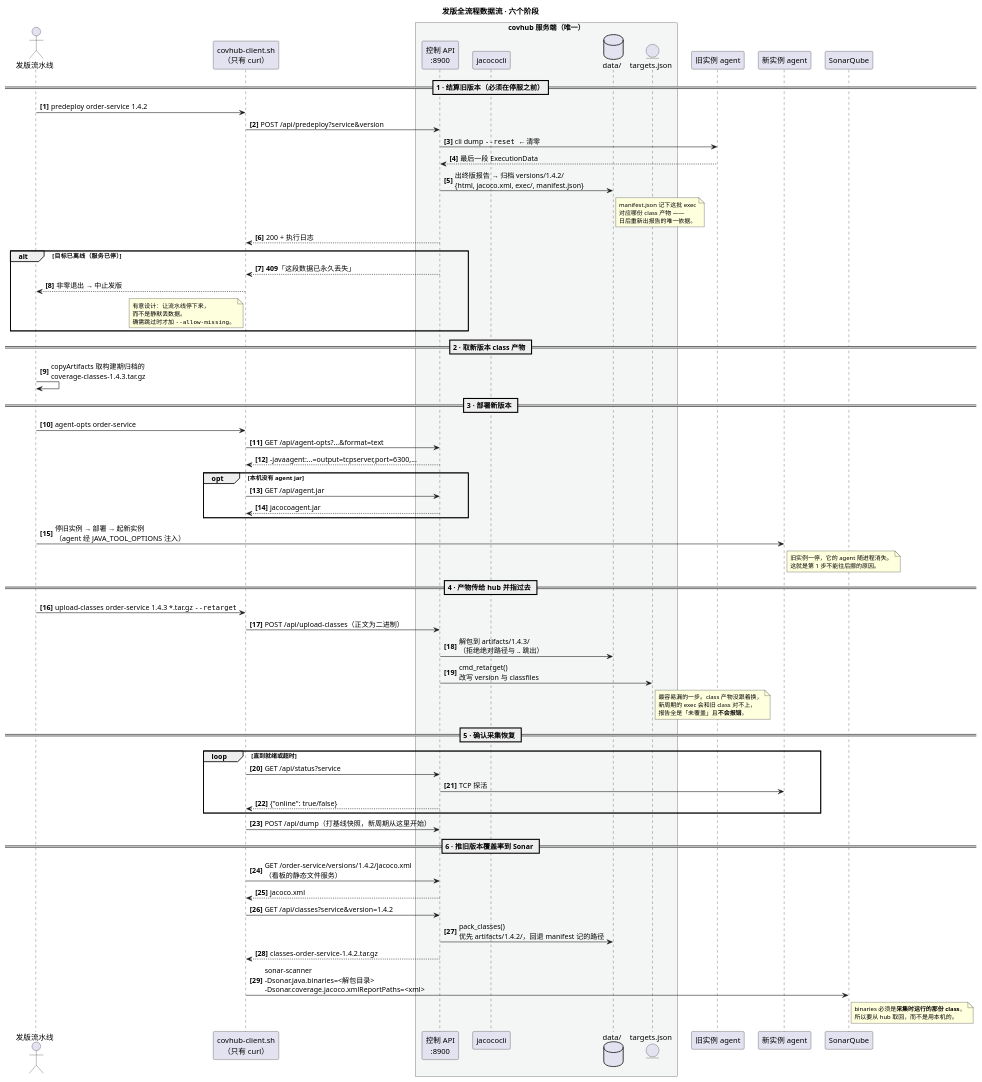
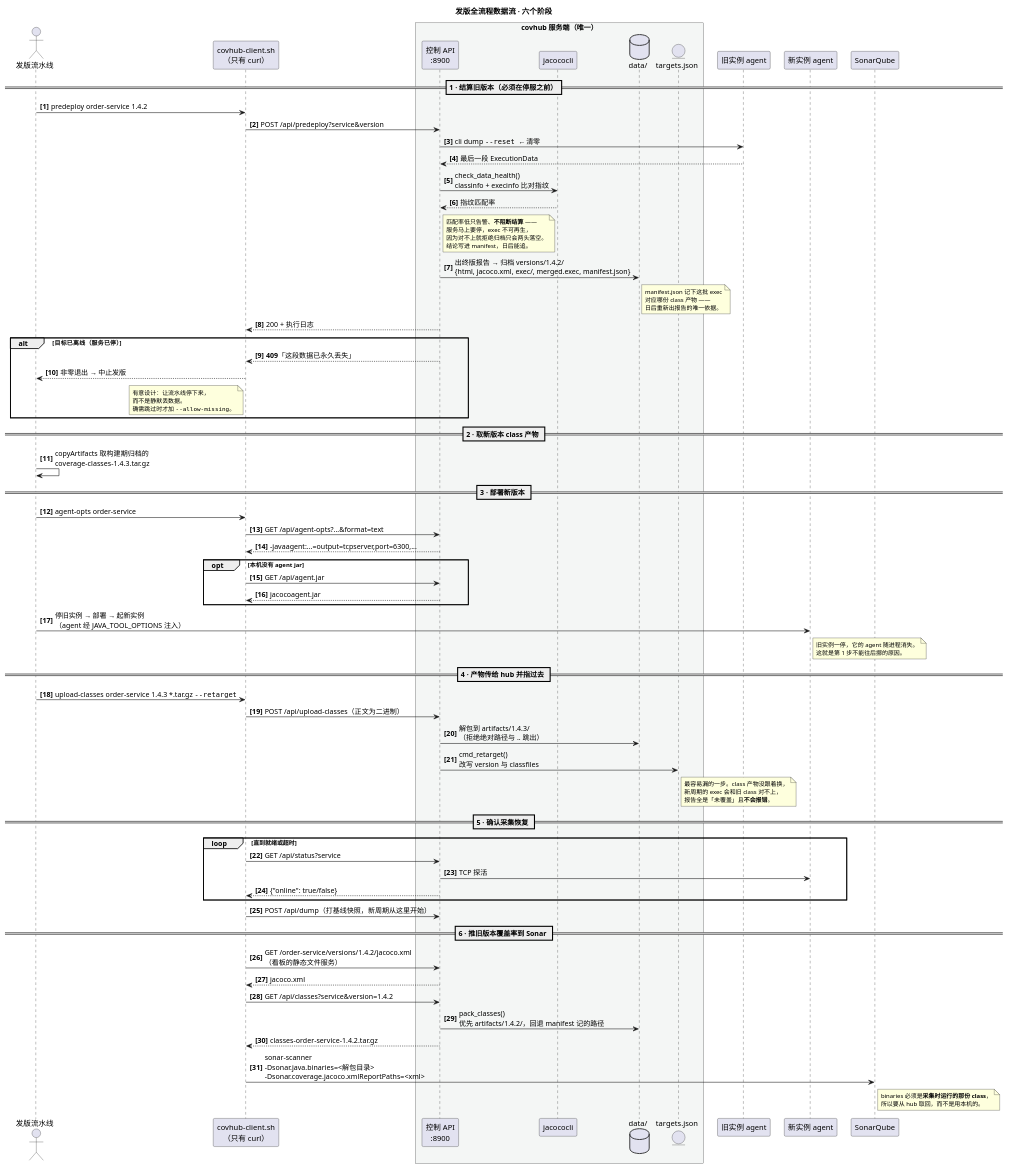
The diagram in docs/diagrams/03-release.puml (SoperRookie/coverage-hub), drawn with PlantUML before and after one commit. The commit also changed 6 other files, not shown here.

First line of the commit message:
v1.2.2：结算前做数据体检，补 push 的接入文档与时序图

```diff
--- a/docs/diagrams/03-release.puml
+++ b/docs/diagrams/03-release.puml
@@ -1,99 +1,107 @@
 @startuml 03-release
 ' coverage-hub v1.0.0 —— 发版全流程数据流
 ' 对应 integration/covhub-client.sh 与 integration/jenkins/Jenkinsfile.deploy 的六个阶段。
 ' 顺序是这套方案的核心，不能调整：第 1 步必须在停服之前。
 
 title 发版全流程数据流 · 六个阶段
 
 skinparam shadowing false
 skinparam ParticipantPadding 8
 skinparam BoxPadding 12
 skinparam NoteFontSize 11
 skinparam SequenceGroupBodyBackgroundColor transparent
 autonumber "<b>[0]"
 
 actor "发版流水线" as J
 participant "covhub-client.sh\n（只有 curl）" as C
 
 box "covhub 服务端（唯一）" #F4F6F5
   participant "控制 API\n:8900" as API
   participant "jacococli" as CLI
   database "data/" as D
   entity "targets.json" as CFG
 end box
 
 participant "旧实例 agent" as OLD
 participant "新实例 agent" as NEW
 participant "SonarQube" as SONAR
 
 == 1 · 结算旧版本（必须在停服之前）==
 J -> C : predeploy order-service 1.4.2
 C -> API : POST /api/predeploy?service&version
 API -> OLD : cli dump ""--reset""  ← 清零
 OLD --> API : 最后一段 ExecutionData
-API -> D : 出终版报告 → 归档 versions/1.4.2/\n{html, jacoco.xml, exec/, manifest.json}
+API -> CLI : check_data_health()\nclassinfo + execinfo 比对指纹
+CLI --> API : 指纹匹配率
+note right of API
+  匹配率低只告警、**不阻断结算** ——
+  服务马上要停，exec 不可再生，
+  因为对不上就拒绝归档只会两头落空。
+  结论写进 manifest，日后能追。
+end note
+API -> D : 出终版报告 → 归档 versions/1.4.2/\n{html, jacoco.xml, exec/, merged.exec, manifest.json}
 note right of D
   manifest.json 记下这批 exec
   对应哪份 class 产物 ——
   日后重新出报告的唯一依据。
 end note
 API --> C : 200 + 执行日志
 alt 目标已离线（服务已停）
   API --> C : **409**「这段数据已永久丢失」
   C --> J : 非零退出 → 中止发版
   note left of C
     有意设计：让流水线停下来，
     而不是静默丢数据。
     确需跳过时才加 ""--allow-missing""。
   end note
 end
 
 == 2 · 取新版本 class 产物 ==
 J -> J : copyArtifacts 取构建期归档的\ncoverage-classes-1.4.3.tar.gz
 
 == 3 · 部署新版本 ==
 J -> C : agent-opts order-service
 C -> API : GET /api/agent-opts?...&format=text
 API --> C : -javaagent:...=output=tcpserver,port=6300,...
 opt 本机没有 agent jar
   C -> API : GET /api/agent.jar
   API --> C : jacocoagent.jar
 end
 J -> NEW : 停旧实例 → 部署 → 起新实例\n（agent 经 JAVA_TOOL_OPTIONS 注入）
 note right of NEW
   旧实例一停，它的 agent 随进程消失。
   这就是第 1 步不能往后挪的原因。
 end note
 
 == 4 · 产物传给 hub 并指过去 ==
 J -> C : upload-classes order-service 1.4.3 *.tar.gz ""--retarget""
 C -> API : POST /api/upload-classes（正文为二进制）
 API -> D : 解包到 artifacts/1.4.3/\n（拒绝绝对路径与 .. 跳出）
 API -> CFG : cmd_retarget()\n改写 version 与 classfiles
 note right of CFG
   最容易漏的一步。class 产物没跟着换，
   新周期的 exec 会和旧 class 对不上，
   报告全是「未覆盖」且**不会报错**。
 end note
 
 == 5 · 确认采集恢复 ==
 loop 直到就绪或超时
   C -> API : GET /api/status?service
   API -> NEW : TCP 探活
   API --> C : {"online": true/false}
 end
 C -> API : POST /api/dump（打基线快照，新周期从这里开始）
 
 == 6 · 推旧版本覆盖率到 Sonar ==
 C -> API : GET /order-service/versions/1.4.2/jacoco.xml\n（看板的静态文件服务）
 API --> C : jacoco.xml
 C -> API : GET /api/classes?service&version=1.4.2
 API -> D : pack_classes()\n优先 artifacts/1.4.2/，回退 manifest 记的路径
 API --> C : classes-order-service-1.4.2.tar.gz
 C -> SONAR : sonar-scanner\n-Dsonar.java.binaries=<解包目录>\n-Dsonar.coverage.jacoco.xmlReportPaths=<xml>
 note right of SONAR
   binaries 必须是**采集时运行的那份 class**，
   所以要从 hub 取回，而不是用本机的。
 end note
 
 @enduml
```
